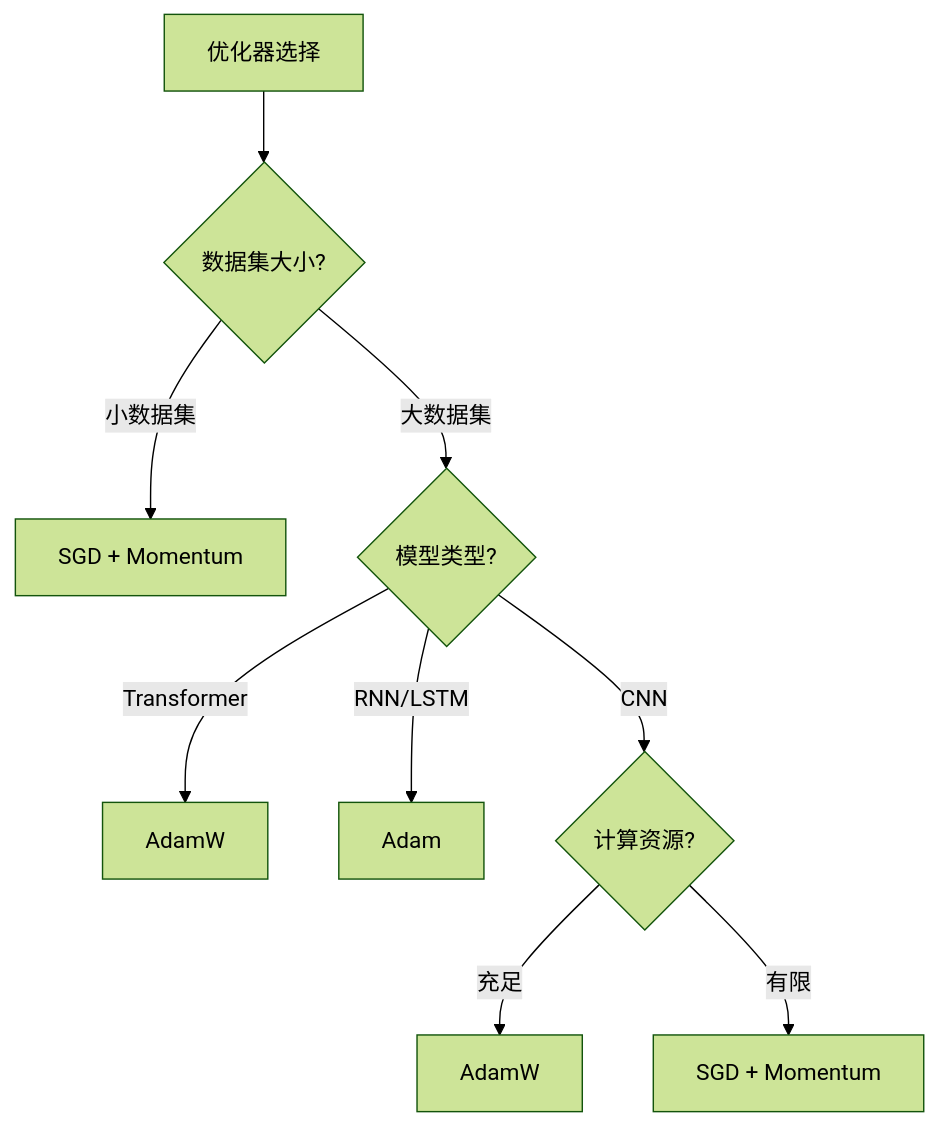
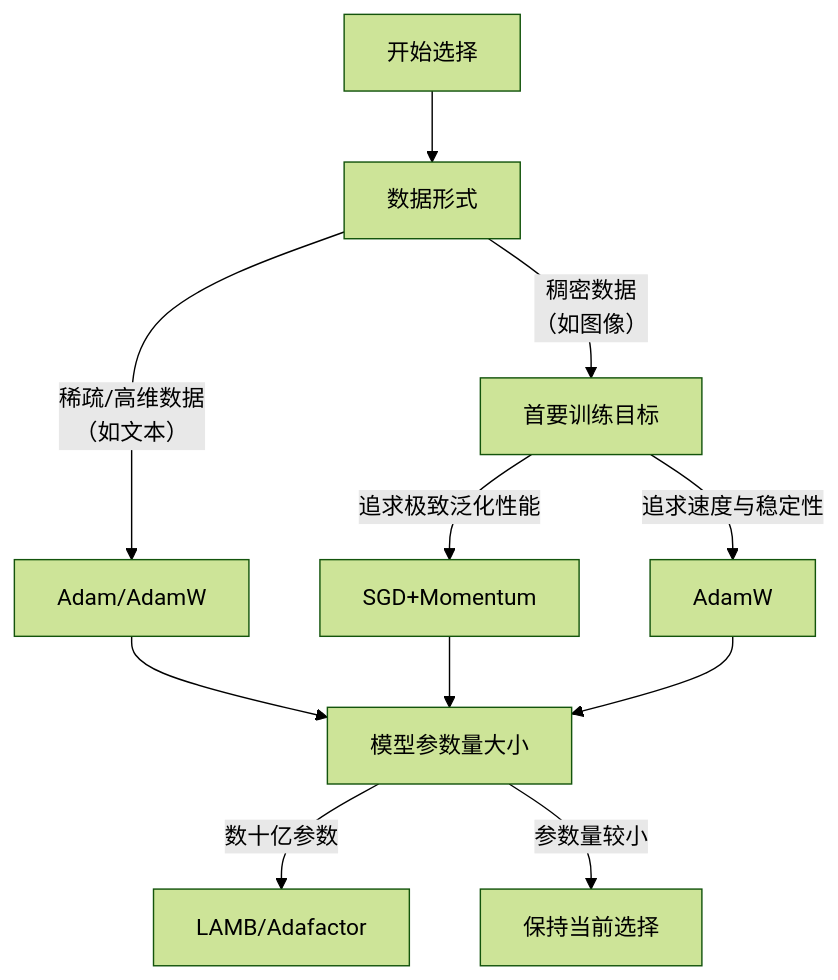
Before and after one commit to CatalpaXtra/Pre-PHD-Seminar: the diagram in README.md, drawn with Mermaid (forest theme). The commit also changed other lines of this file, not shown here.

````diff
--- a/README.md
+++ b/README.md
@@ -157,14 +180,18 @@
 ```mermaid
-graph TD
-    A[优化器选择] --> B{数据集大小?};
+flowchart TD
+    A[开始选择] --> B[数据形式]
     
-    B -->|小数据集| C[SGD + Momentum];
-    B -->|大数据集| D{模型类型?};
+    B -- 稀疏/高维数据<br>（如文本） --> C[Adam/AdamW]
+    C --> D[模型参数量大小]
     
-    D -->|Transformer| E[AdamW];
-    D -->|RNN/LSTM| F[Adam];
-    D -->|CNN| G{计算资源?};
+    B -- 稠密数据<br>（如图像） --> E[首要训练目标]
     
-    G -->|充足| H[AdamW];
-    G -->|有限| I[SGD + Momentum];
+    E -- 追求极致泛化性能 --> F[SGD+Momentum]
+    E -- 追求速度与稳定性  --> G[AdamW]
+    
+    F --> D
+    G --> D
+    
+    D -- 数十亿参数 --> H[LAMB/Adafactor]
+    D -- 参数量较小 --> I[保持当前选择]
 ```
````
